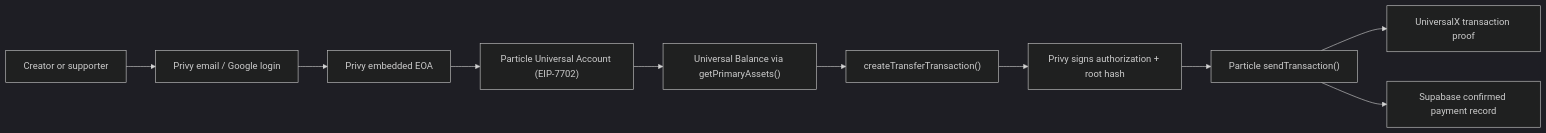
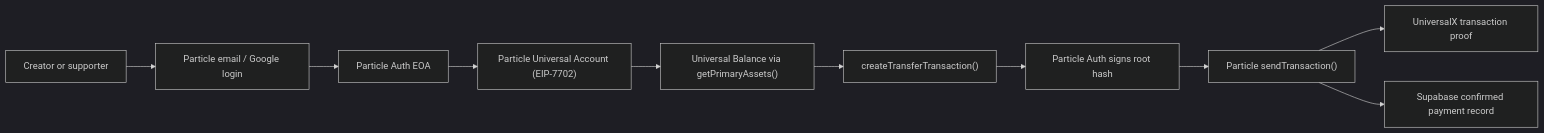
The first of 2 diagrams in README.md (NikhilRaikwar/Fyora), drawn with Mermaid (dark theme) before and after one commit. The commit also changed other lines of this file and 20 other files, not shown here.

First line of the commit message:
feat: migrate Fyora to Particle Auth

````diff
--- a/README.md
+++ b/README.md
@@ -51,12 +48,12 @@
 ```mermaid
 flowchart LR
-  User["Creator or supporter"] --> Privy["Privy email / Google login"]
-  Privy --> EOA["Privy embedded EOA"]
+  User["Creator or supporter"] --> Auth["Particle email / Google login"]
+  Auth --> EOA["Particle Auth EOA"]
   EOA --> UA["Particle Universal Account (EIP-7702)"]
   UA --> Balance["Universal Balance via getPrimaryAssets()"]
   Balance --> Quote["createTransferTransaction()"]
-  Quote --> Sign["Privy signs authorization + root hash"]
+  Quote --> Sign["Particle Auth signs root hash"]
   Sign --> Send["Particle sendTransaction()"]
   Send --> Proof["UniversalX transaction proof"]
   Send --> Supabase["Supabase confirmed payment record"]
 ```
````
